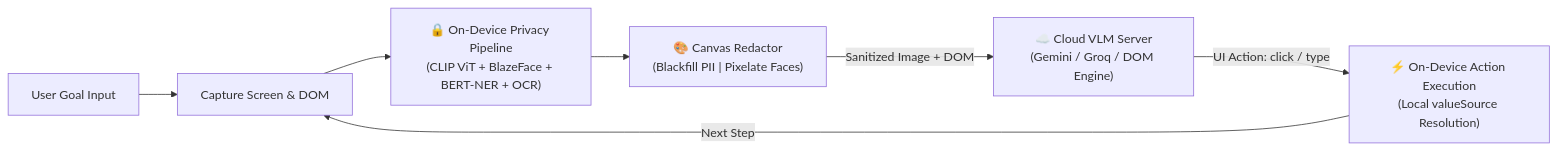
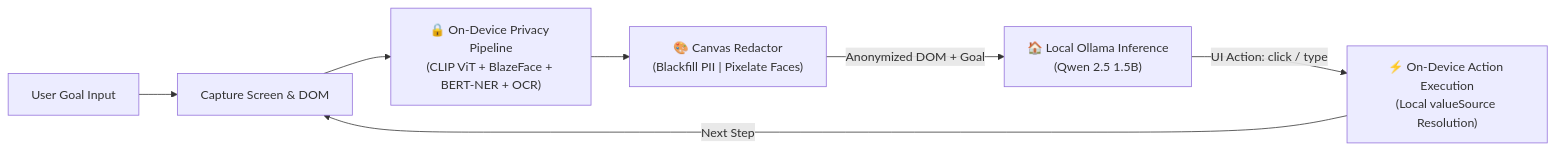
Before and after one commit to annujjguptaa-cpu/Betaal: the first of 4 diagrams in README.md, drawn with Mermaid. The commit also changed other lines of this file and 1 other file, not shown here.

Commit message:
docs: update README.md and system docs for 100% local Ollama Qwen 2.5 reasoning architecture

````diff
--- a/README.md
+++ b/README.md
@@ -42,9 +42,9 @@
 ```mermaid
 flowchart LR
     A[User Goal Input] --> B[Capture Screen & DOM]
     B --> C["🔒 On-Device Privacy Pipeline<br/>(CLIP ViT + BlazeFace + BERT-NER + OCR)"]
     C --> D["🎨 Canvas Redactor<br/>(Blackfill PII | Pixelate Faces)"]
-    D -->|Sanitized Image + DOM| E["☁️ Cloud VLM Server<br/>(Gemini / Groq / DOM Engine)"]
+    D -->|Anonymized DOM + Goal| E["🏠 Local Ollama Inference<br/>(Qwen 2.5 1.5B)"]
     E -->|UI Action: click / type| F["⚡ On-Device Action Execution<br/>(Local valueSource Resolution)"]
     F -->|Next Step| B
 ```
````
